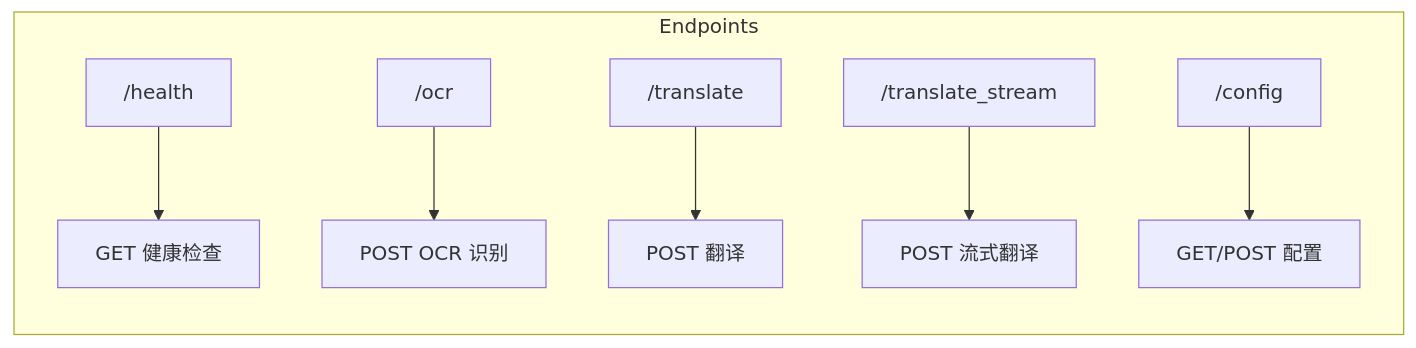
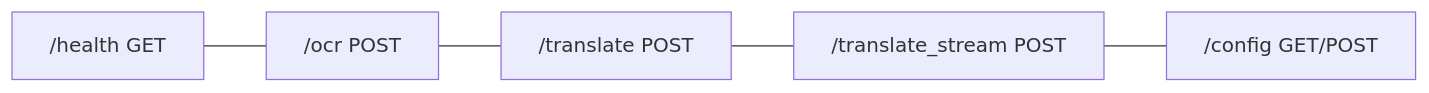
One commit to GTJasonMK/RSTA changed diagram 11 of 13 in README.md. Above: the diagram before and after it, drawn with Mermaid. The commit also changed other lines of this file, not shown here.

Commit message:
修改README图表显示bug

````diff
--- a/README.md
+++ b/README.md
@@ -396,10 +386,7 @@
 ```mermaid
 graph LR
-    subgraph Endpoints
-        A["/health"] --> A1["GET 健康检查"]
-        B["/ocr"] --> B1["POST OCR 识别"]
-        C["/translate"] --> C1["POST 翻译"]
-        D["/translate_stream"] --> D1["POST 流式翻译"]
-        E["/config"] --> E1["GET/POST 配置"]
-    end
+    A["/health GET"] --- B["/ocr POST"]
+    B --- C["/translate POST"]
+    C --- D["/translate_stream POST"]
+    D --- E["/config GET/POST"]
 ```
````
